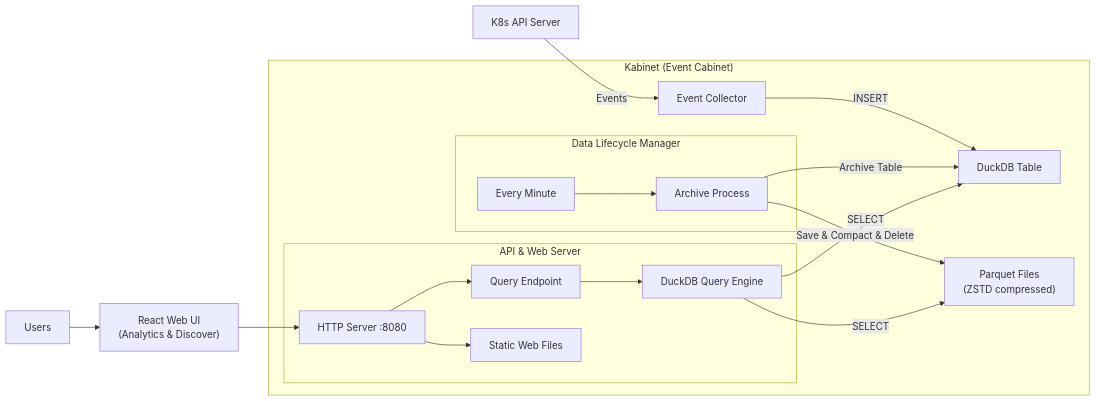
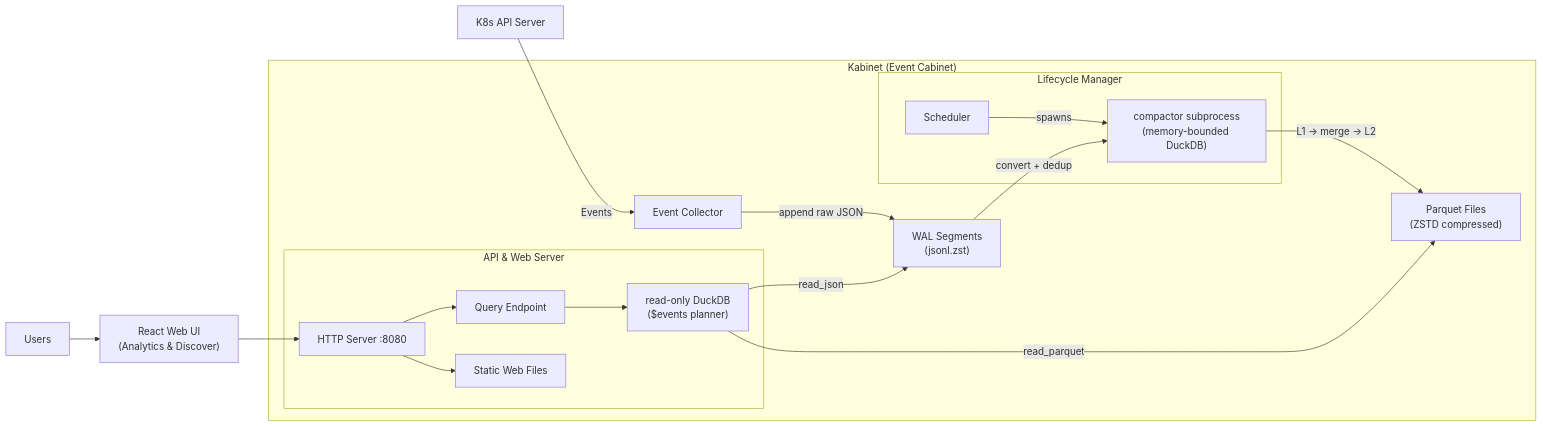
Before and after one commit to iwanhae/kabinet: the diagram in README.md, drawn with Mermaid. The commit also changed other lines of this file and 35 other files, not shown here.

First line of the commit message:
refactor: remove storage package and implement WAL for Kubernetes events

````diff
--- a/README.md
+++ b/README.md
@@ -51,24 +54,25 @@
 ```mermaid
 graph LR
     A["K8s API Server"] -- "Events" --> B["Event Collector"]
 
     subgraph "Kabinet (Event Cabinet)"
+        B --"append raw JSON"--> C["WAL Segments<br/>(jsonl.zst)"]
+
+        subgraph "Lifecycle Manager"
+            D["Scheduler"] --"spawns"--> E["compactor subprocess<br/>(memory-bounded DuckDB)"]
+        end
+        C --"convert + dedup"--> E
+        E --"L1 → merge → L2"--> F["Parquet Files<br/>(ZSTD compressed)"]
+
         subgraph "API & Web Server"
             H["HTTP Server :8080"] --> I["Query Endpoint"]
             H --> J["Static Web Files"]
-            I --> K["DuckDB Query Engine"]
+            I --> K["read-only DuckDB<br/>($events planner)"]
         end
-
-        subgraph "Data Lifecycle Manager"
-            D["Every Minute"] --> E["Archive Process"]
-        end
-				B --"INSERT"--> C["DuckDB Table"]
-				E --"Archive Table"--> C
-        E --"Save & Compact & Delete"--> F["Parquet Files<br/>(ZSTD compressed)"]
-        K --"SELECT"--> C
-        K --"SELECT"--> F
+        K --"read_json"--> C
+        K --"read_parquet"--> F
     end
 
     L["Users"] --> M["React Web UI<br/>(Analytics & Discover)"]
     M --> H
 ```
````
